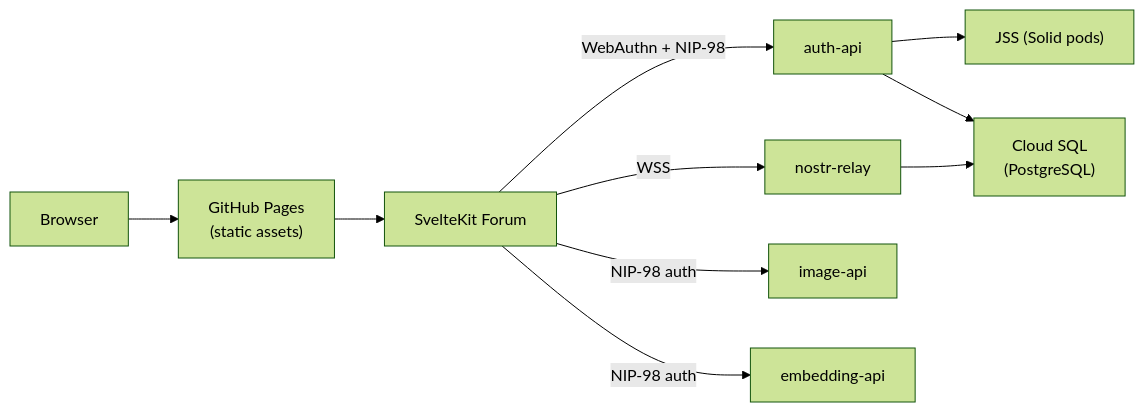
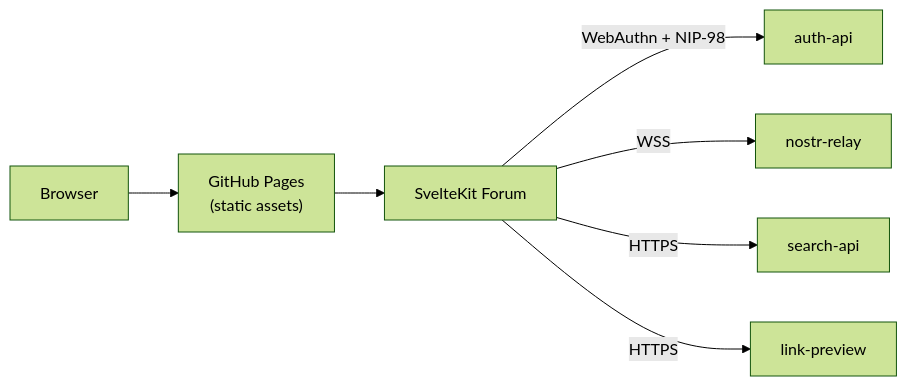
Before and after one commit to DreamLab-AI/dreamlab-ai-website: the fifth of 6 diagrams in docs/architecture.md, drawn with Mermaid (forest theme). The commit also changed other lines of this file and 36 other files, not shown here.

First line of the commit message:
Update 37 docs files: remove GCP references, reflect Cloudflare Workers architecture

````diff
--- a/docs/architecture.md
+++ b/docs/architecture.md
@@ -247,12 +218,9 @@
 ```mermaid
 flowchart LR
     Browser["Browser"] --> GHP["GitHub Pages<br/>(static assets)"]
     GHP --> Forum["SvelteKit Forum"]
     Forum -->|"WebAuthn + NIP-98"| AuthAPI["auth-api"]
     Forum -->|"WSS"| Relay["nostr-relay"]
-    Forum -->|"NIP-98 auth"| ImageAPI["image-api"]
-    Forum -->|"NIP-98 auth"| EmbedAPI["embedding-api"]
-    AuthAPI --> JSS["JSS (Solid pods)"]
-    AuthAPI --> CloudSQL["Cloud SQL<br/>(PostgreSQL)"]
-    Relay --> CloudSQL
+    Forum -->|"HTTPS"| CFSearch["search-api"]
+    Forum -->|"HTTPS"| CFLink["link-preview"]
 ```
````
